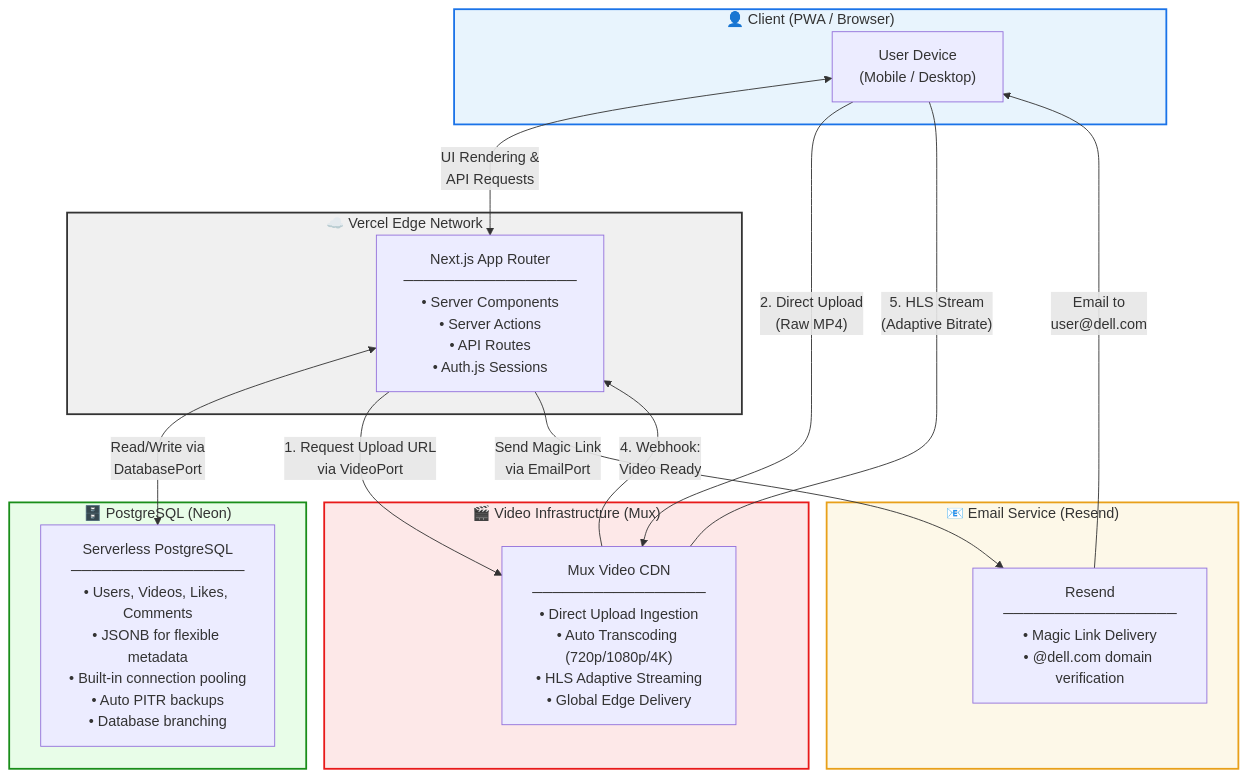
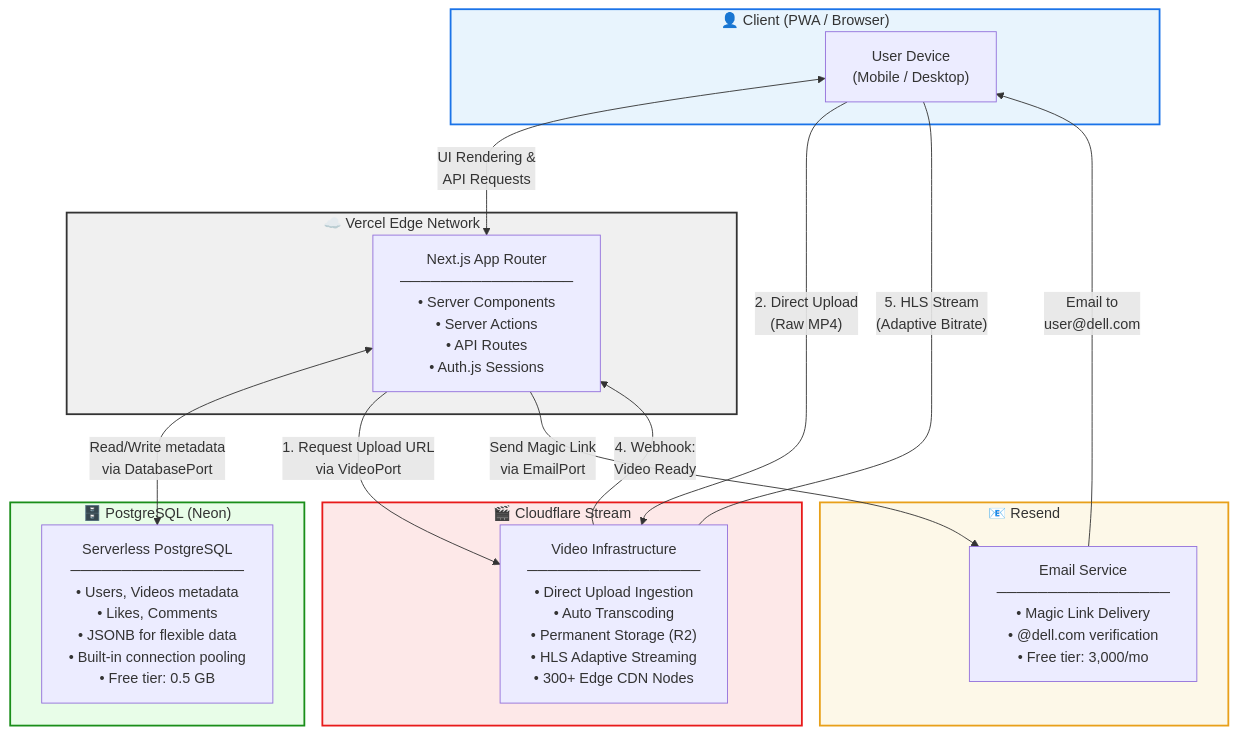
The third of 8 diagrams in specs/architecture.md (ShellyDCMS/DellClips), drawn with Mermaid before and after one commit. The commit also changed other lines of this file, not shown here.

Commit message:
update architecture document with free-tier cost optimization, vendor-neutral naming, Cloudflare Stream migration, and expanded video storage infrastructure details

````diff
--- a/specs/architecture.md
+++ b/specs/architecture.md
@@ -265,37 +333,37 @@
 ```mermaid
 flowchart TB
     subgraph CLIENT ["👤 Client (PWA / Browser)"]
         A["User Device<br/>(Mobile / Desktop)"]
     end
 
     subgraph VERCEL ["☁️ Vercel Edge Network"]
         B["Next.js App Router<br/>─────────────────<br/>• Server Components<br/>• Server Actions<br/>• API Routes<br/>• Auth.js Sessions"]
     end
 
     subgraph DATABASE ["🗄️ PostgreSQL (Neon)"]
-        C["Serverless PostgreSQL<br/>─────────────────<br/>• Users, Videos, Likes, Comments<br/>• JSONB for flexible metadata<br/>• Built-in connection pooling<br/>• Auto PITR backups<br/>• Database branching"]
+        C["Serverless PostgreSQL<br/>─────────────────<br/>• Users, Videos metadata<br/>• Likes, Comments<br/>• JSONB for flexible data<br/>• Built-in connection pooling<br/>• Free tier: 0.5 GB"]
     end
 
-    subgraph VIDEO ["🎬 Video Infrastructure (Mux)"]
-        D["Mux Video CDN<br/>─────────────────<br/>• Direct Upload Ingestion<br/>• Auto Transcoding (720p/1080p/4K)<br/>• HLS Adaptive Streaming<br/>• Global Edge Delivery"]
+    subgraph VIDEO ["🎬 Cloudflare Stream"]
+        D["Video Infrastructure<br/>─────────────────<br/>• Direct Upload Ingestion<br/>• Auto Transcoding<br/>• Permanent Storage (R2)<br/>• HLS Adaptive Streaming<br/>• 300+ Edge CDN Nodes"]
     end
 
-    subgraph EMAIL ["📧 Email Service (Resend)"]
-        E["Resend<br/>─────────────────<br/>• Magic Link Delivery<br/>• @dell.com domain verification"]
+    subgraph EMAIL ["📧 Resend"]
+        E["Email Service<br/>─────────────────<br/>• Magic Link Delivery<br/>• @dell.com verification<br/>• Free tier: 3,000/mo"]
     end
 
     A <-->|"UI Rendering &<br/>API Requests"| B
-    B <-->|"Read/Write via<br/>DatabasePort"| C
+    B <-->|"Read/Write metadata<br/>via DatabasePort"| C
     B -->|"1. Request Upload URL<br/>via VideoPort"| D
     D -->|"4. Webhook:<br/>Video Ready"| B
     A -->|"2. Direct Upload<br/>(Raw MP4)"| D
     A <---|"5. HLS Stream<br/>(Adaptive Bitrate)"| D
     B -->|"Send Magic Link<br/>via EmailPort"| E
     E -->|"Email to<br/>user@dell.com"| A
 
     style CLIENT fill:#e8f4fd,stroke:#1a73e8,stroke-width:2px
     style VERCEL fill:#f0f0f0,stroke:#333,stroke-width:2px
     style DATABASE fill:#e8fde8,stroke:#1a8e1a,stroke-width:2px
     style VIDEO fill:#fde8e8,stroke:#e81a1a,stroke-width:2px
     style EMAIL fill:#fdf8e8,stroke:#e8a01a,stroke-width:2px
 ```
````
